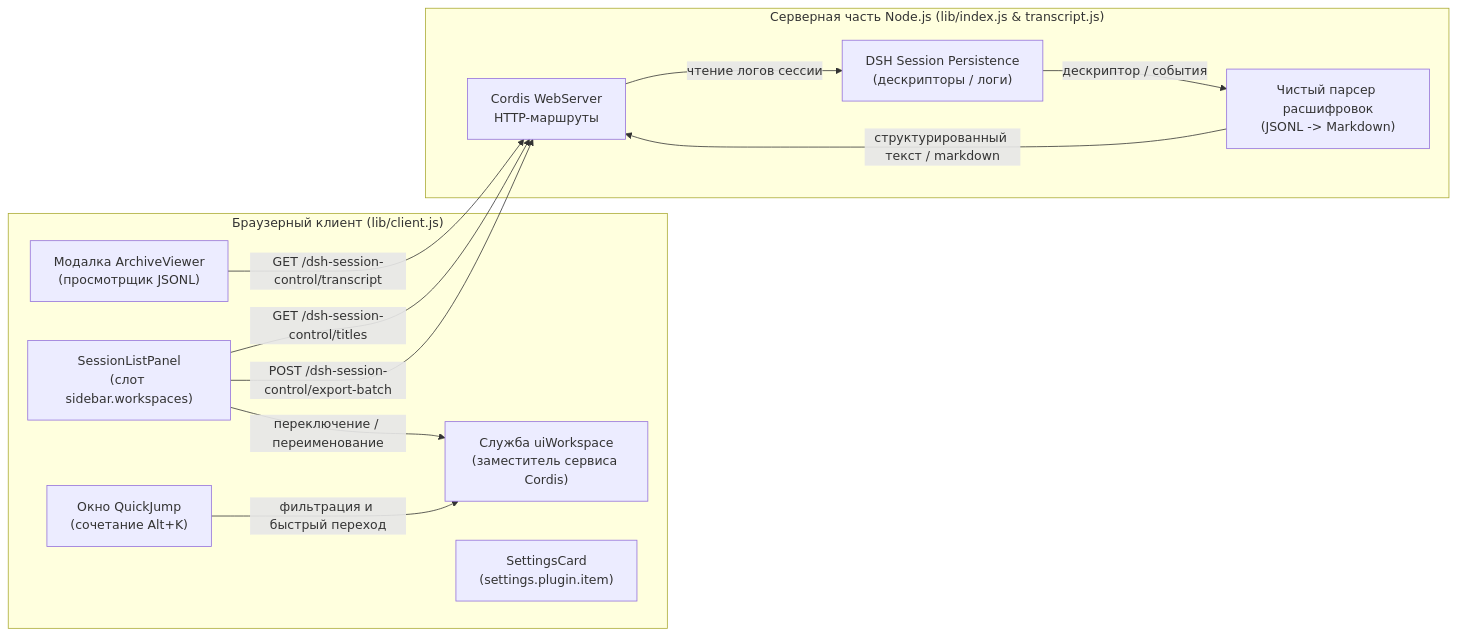
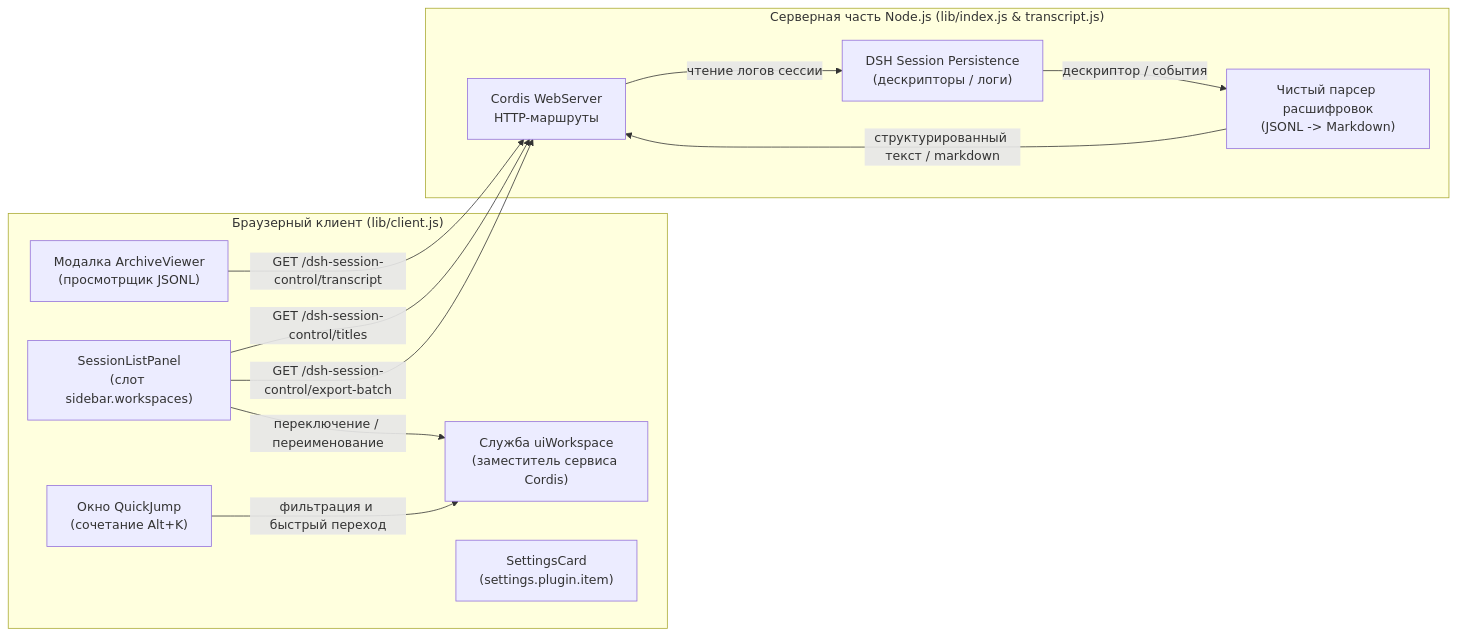
The diagram in README.ru.md (GooDAnDReaDY/dsh-session-control), drawn with Mermaid before and after one commit. The commit also changed other lines of this file and 4 other files, not shown here.

````diff
--- a/README.ru.md
+++ b/README.ru.md
@@ -50,25 +50,25 @@
 ```mermaid
 graph LR
     subgraph Browser ["Браузерный клиент (lib/client.js)"]
         UIW["Служба uiWorkspace\n(заместитель сервиса Cordis)"]
         PANEL["SessionListPanel\n(слот sidebar.workspaces)"]
         JUMP["Окно QuickJump\n(сочетание Alt+K)"]
         VIEWER["Модалка ArchiveViewer\n(просмотрщик JSONL)"]
         SETTINGS["SettingsCard\n(settings.plugin.item)"]
     end
 
     subgraph Host ["Серверная часть Node.js (lib/index.js & transcript.js)"]
         SERVER["Cordis WebServer\nHTTP-маршруты"]
         STORE["DSH Session Persistence\n(дескрипторы / логи)"]
         TRANS["Чистый парсер расшифровок\n(JSONL -> Markdown)"]
     end
 
     PANEL -->|"переключение / переименование"| UIW
     JUMP -->|"фильтрация и быстрый переход"| UIW
     VIEWER -->|"GET /dsh-session-control/transcript"| SERVER
     PANEL -->|"GET /dsh-session-control/titles"| SERVER
-    PANEL -->|"POST /dsh-session-control/export-batch"| SERVER
+    PANEL -->|"GET /dsh-session-control/export-batch"| SERVER
     SERVER -->|"чтение логов сессии"| STORE
     STORE -->|"дескриптор / события"| TRANS
     TRANS -->|"структурированный текст / markdown"| SERVER
 ```
````
